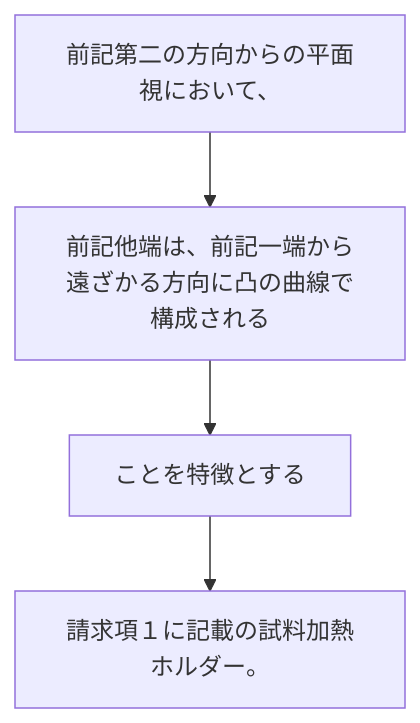
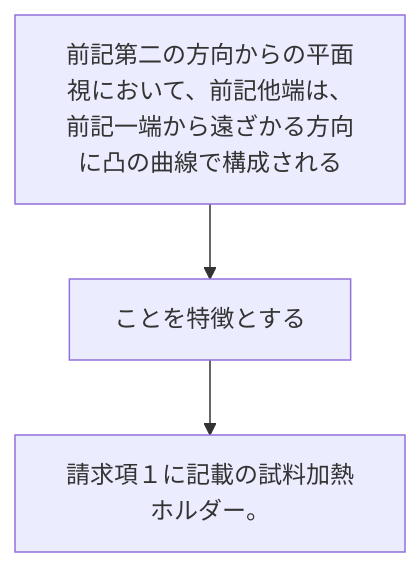
The diagram in 2024/JP2024030202A/claim_2/README.md (shinmori55/patent_analyzed), drawn with Mermaid before and after one commit. The commit also changed 336 other files, not shown here.

````diff
--- a/2024/JP2024030202A/claim_2/README.md
+++ b/2024/JP2024030202A/claim_2/README.md
@@ -2,10 +2,8 @@
 ```mermaid
 flowchart TD
-A[前記第二の方向からの平面視において、]
-B[前記他端は、前記一端から遠ざかる方向に凸の曲線で構成される]
-C[ことを特徴とする]
-D[請求項１に記載の試料加熱ホルダー。]
+A[前記第二の方向からの平面視において、前記他端は、前記一端から遠ざかる方向に凸の曲線で構成される]
+B[ことを特徴とする]
+C[請求項１に記載の試料加熱ホルダー。]
 A --> B
 B --> C
-C --> D
 ```
````
